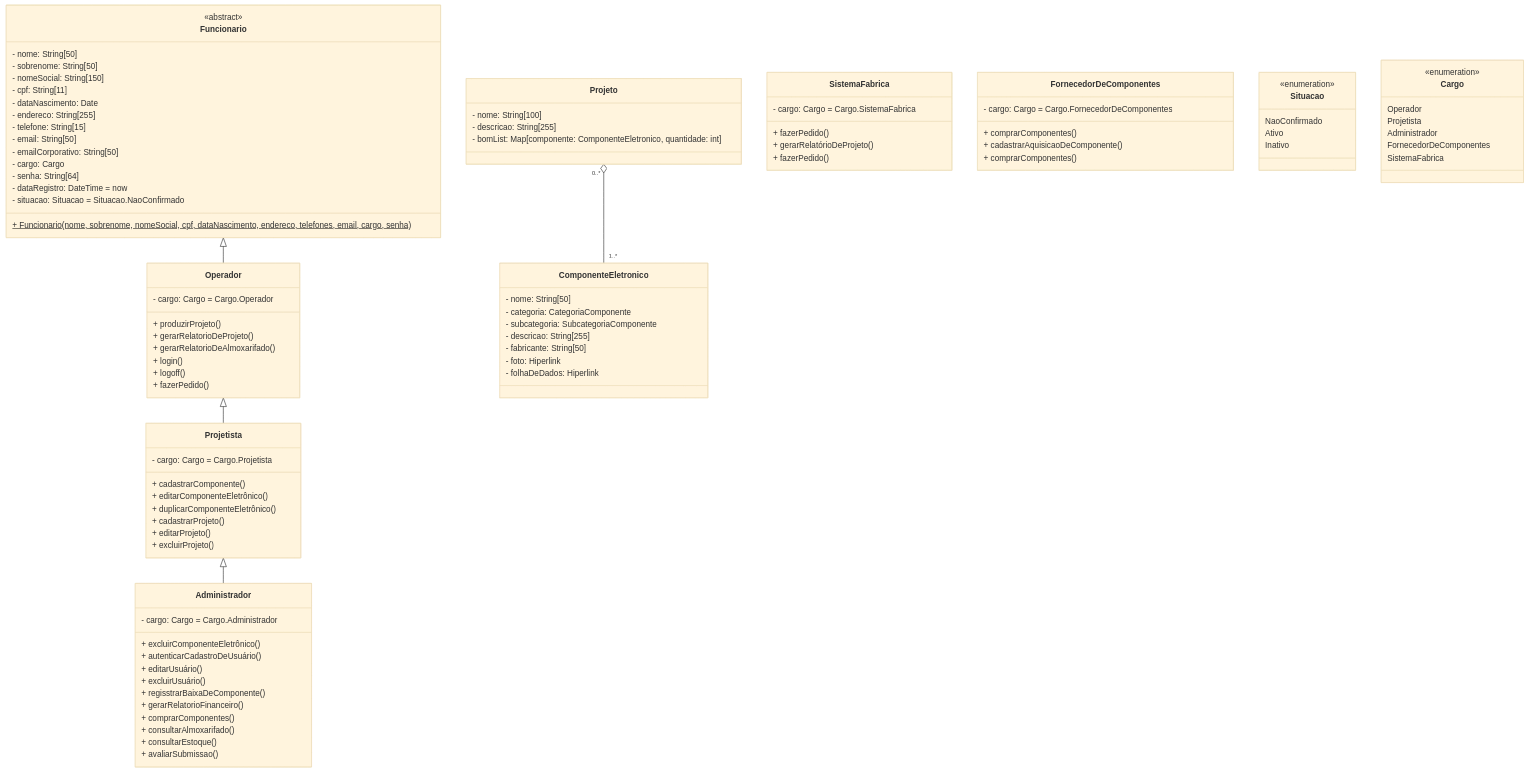
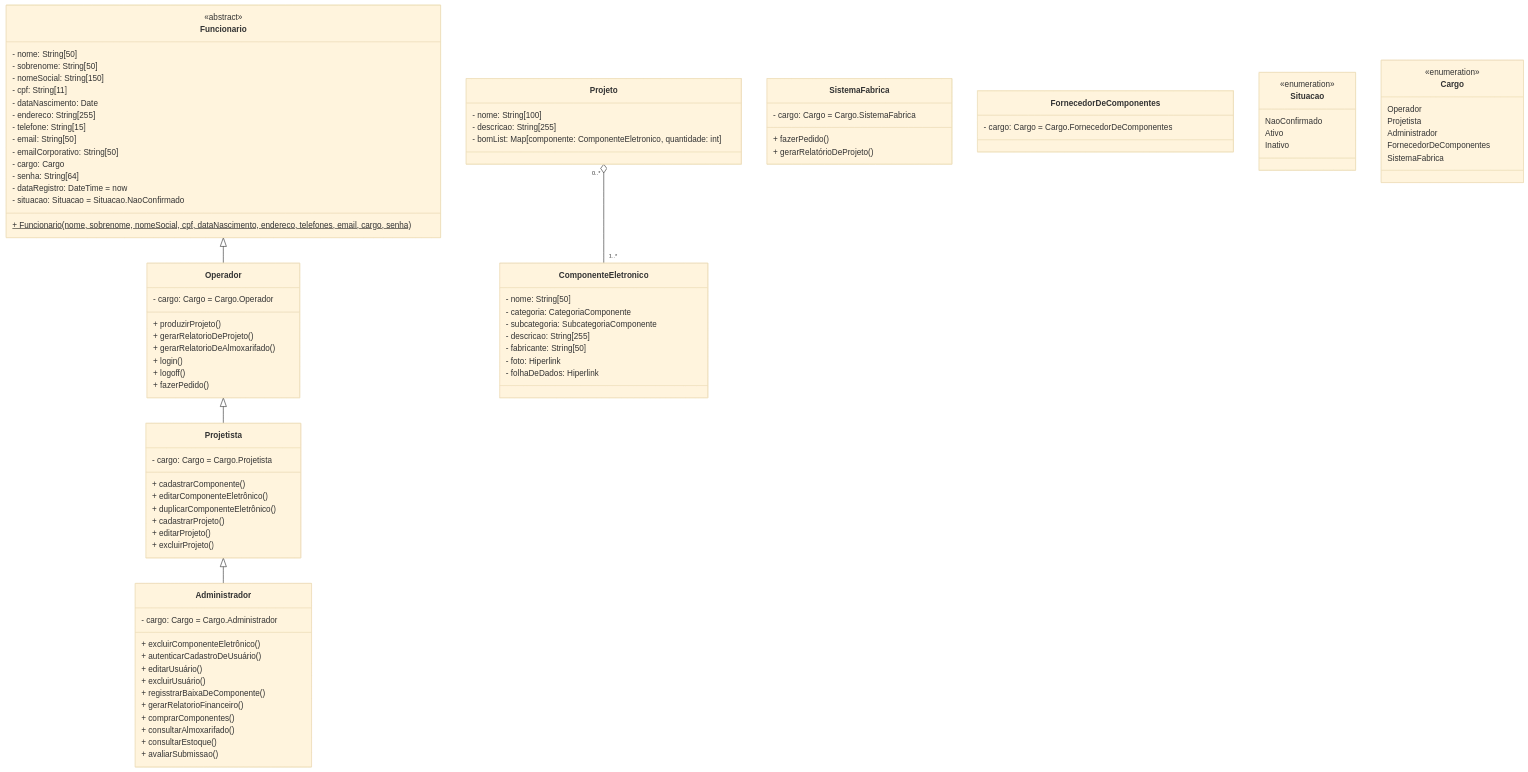
Before and after one commit to PabloBF/minha-fabrica: the diagram in diagrama-de-classes/README.md, drawn with Mermaid (base theme).

Commit message:
ATUALIZAÇÃO/CORREÇÃO EM SISTEMA FÁBRICA E FORNECEDOR DE COMPONENTES
CONFORME TÍTULO.

```diff
--- a/diagrama-de-classes/README.md
+++ b/diagrama-de-classes/README.md
@@ -47,14 +47,10 @@
     - cargo: Cargo = Cargo.SistemaFabrica
     + fazerPedido()
     + gerarRelatórioDeProjeto()
-    + fazerPedido()
     }
     
     class FornecedorDeComponentes {
     - cargo: Cargo = Cargo.FornecedorDeComponentes
-    + comprarComponentes()
-    + cadastrarAquisicaoDeComponente()
-    + comprarComponentes()
     }
     
     class Administrador {
```
